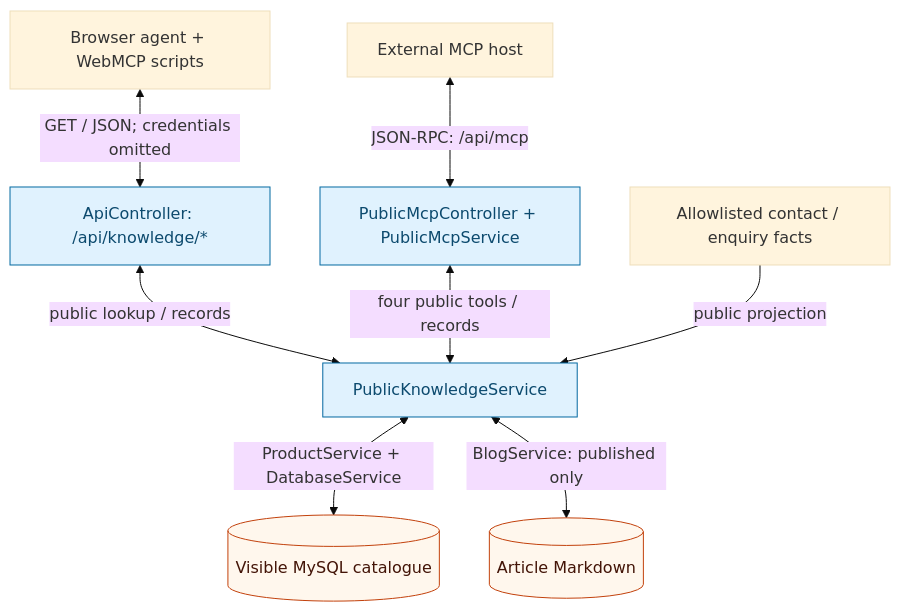
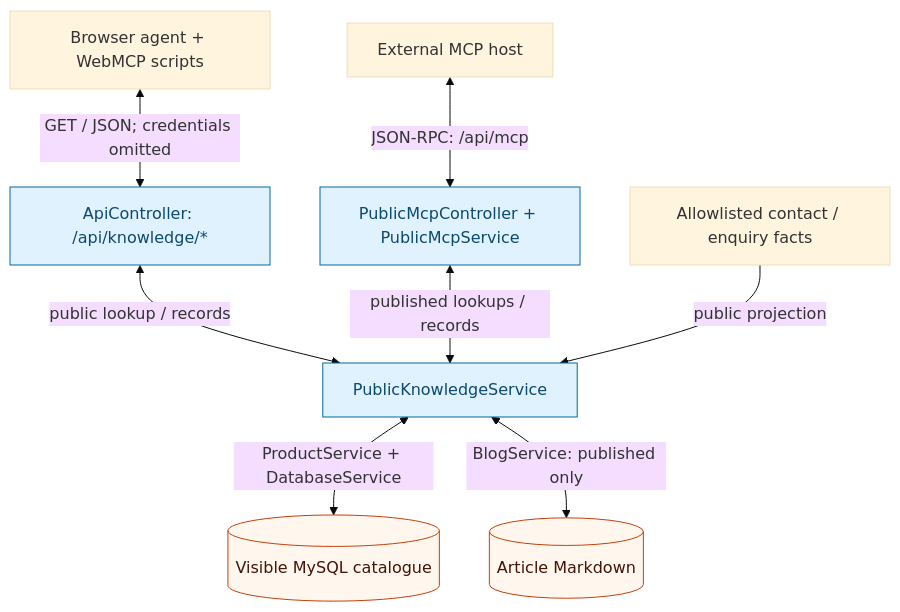
The seventh of 9 diagrams in README.md (bapxmediahub/bapXphpAiBackend), drawn with Mermaid (base theme) before and after one commit. The commit also changed other lines of this file and 12 other files, not shown here.

````diff
--- a/README.md
+++ b/README.md
@@ -303,14 +329,14 @@
 ```mermaid
 flowchart TB
   Browser["Browser agent + WebMCP scripts"] <-->|"GET / JSON; credentials omitted"| API["ApiController: /api/knowledge/*"]
   Host["External MCP host"] <-->|"JSON-RPC: /api/mcp"| MCP["PublicMcpController + PublicMcpService"]
   API <-->|"public lookup / records"| Knowledge["PublicKnowledgeService"]
-  MCP <-->|"four public tools / records"| Knowledge
+  MCP <-->|"published lookups / records"| Knowledge
   Knowledge <-->|"ProductService + DatabaseService"| DB[("Visible MySQL catalogue")]
   Knowledge <-->|"BlogService: published only"| Posts[("Article Markdown")]
   Facts["Allowlisted contact / enquiry facts"] -->|"public projection"| Knowledge
   classDef store fill:#fff7ed,stroke:#c2410c,color:#431407
   classDef boundary fill:#e0f2fe,stroke:#0369a1,color:#0c4a6e
   class DB,Posts store
   class API,MCP,Knowledge boundary
 ```
````
